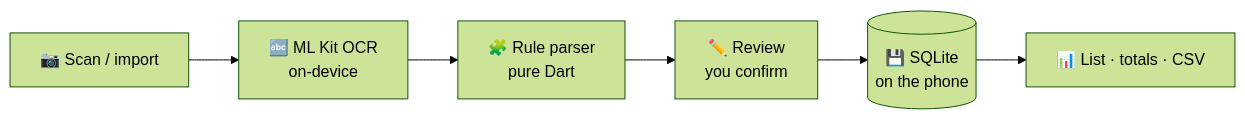
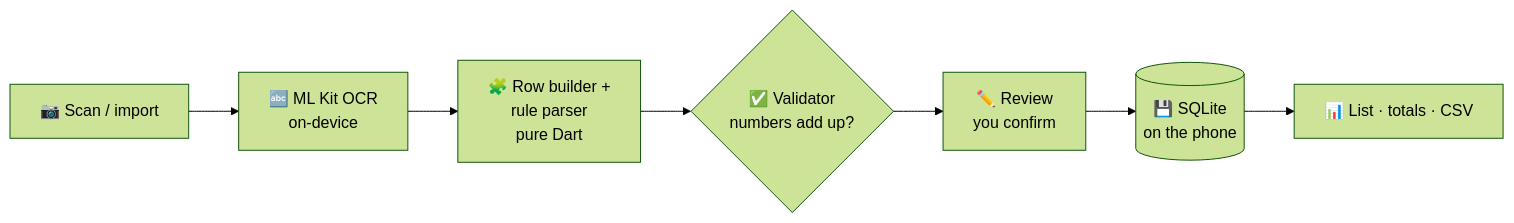
The first of 2 diagrams in README.md (naumanbutt2002/ReceiptMind-Private-Offline-AI), drawn with Mermaid (forest theme) before and after one commit. The commit also changed other lines of this file and 16 other files, not shown here.

First line of the commit message:
docs: redesign README with framed screenshots, demo GIF and architecture (#7)

````diff
--- a/README.md
+++ b/README.md
@@ -56,8 +118,9 @@
 ```mermaid
 flowchart LR
   A[📷 Scan / import] --> B[🔤 ML Kit OCR<br/>on-device]
-  B --> C[🧩 Rule parser<br/>pure Dart]
-  C --> D[✏️ Review<br/>you confirm]
+  B --> C[🧩 Row builder +<br/>rule parser<br/>pure Dart]
+  C --> V{✅ Validator<br/>numbers add up?}
+  V --> D[✏️ Review<br/>you confirm]
   D --> E[(💾 SQLite<br/>on the phone)]
   E --> F[📊 List · totals · CSV]
 ```
````
